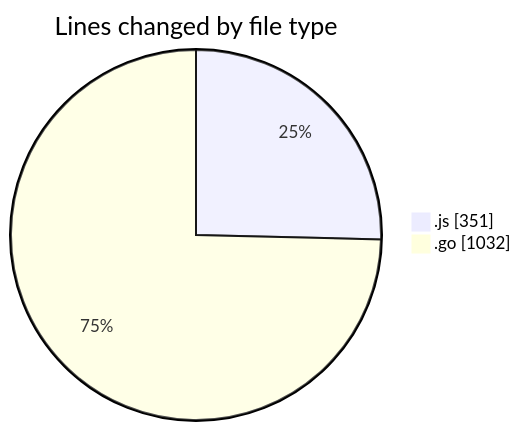
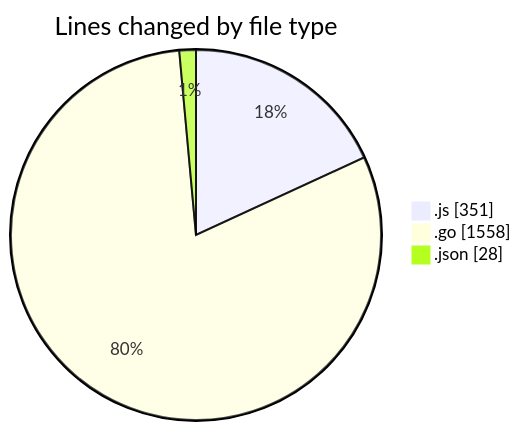
Before and after one commit to robertbonfada/code-tracking: the first of 2 diagrams in 2025-03-04/simulador-serial/README.md, drawn with Mermaid. The commit also changed other lines of this file and 1 other file, not shown here.

````diff
--- a/2025-03-04/simulador-serial/README.md
+++ b/2025-03-04/simulador-serial/README.md
@@ -23,6 +25,7 @@
 ```mermaid
 pie showData
 title Lines changed by file type
 ".js" : 351
-".go" : 1032
+".go" : 1558
+".json" : 28
 ```
````
